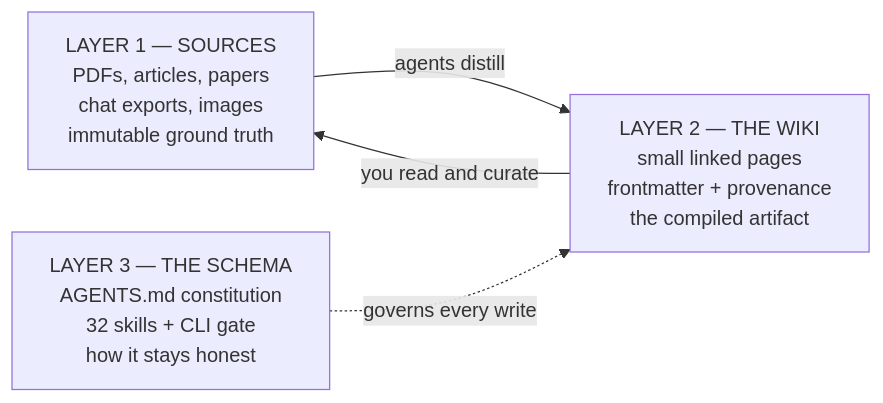
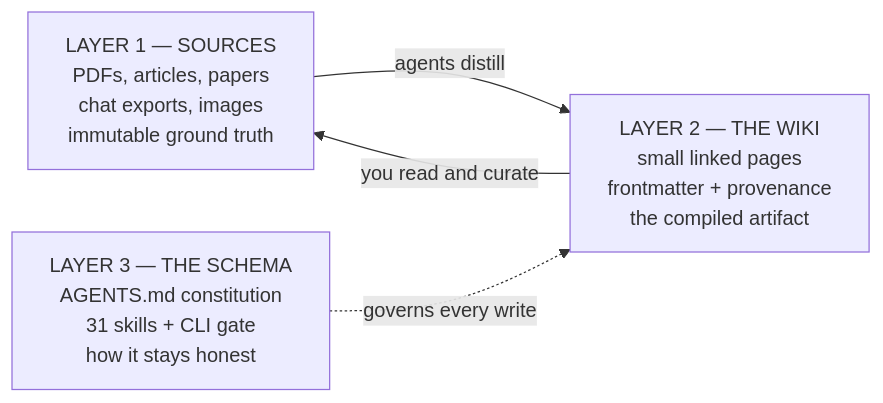
Before and after one commit to chobizzy/llm-wiki: the diagram in README.md, drawn with Mermaid. The commit also changed other lines of this file and 7 other files, not shown here.

````diff
--- a/README.md
+++ b/README.md
@@ -80,10 +80,10 @@
 ```mermaid
 flowchart LR
     A["LAYER 1 — SOURCES<br/>PDFs, articles, papers<br/>chat exports, images<br/>immutable ground truth"]
     B["LAYER 2 — THE WIKI<br/>small linked pages<br/>frontmatter + provenance<br/>the compiled artifact"]
-    C["LAYER 3 — THE SCHEMA<br/>AGENTS.md constitution<br/>32 skills + CLI gate<br/>how it stays honest"]
+    C["LAYER 3 — THE SCHEMA<br/>AGENTS.md constitution<br/>31 skills + CLI gate<br/>how it stays honest"]
 
     A -->|agents distill| B
     C -.->|governs every write| B
     B -->|you read and curate| A
 ```
````
